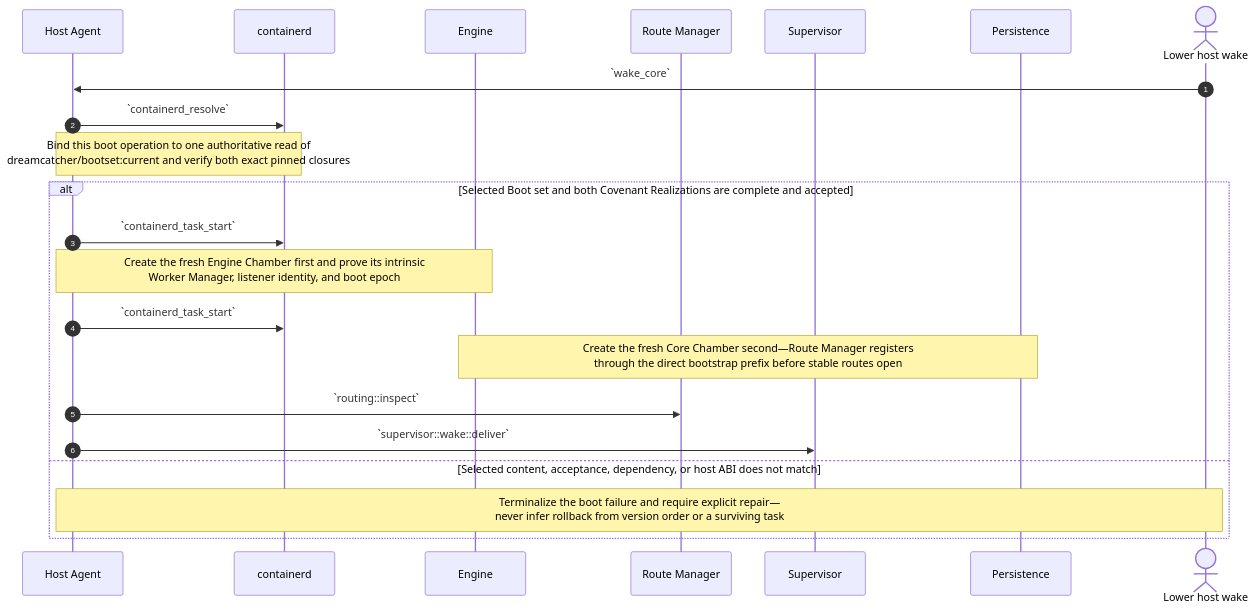
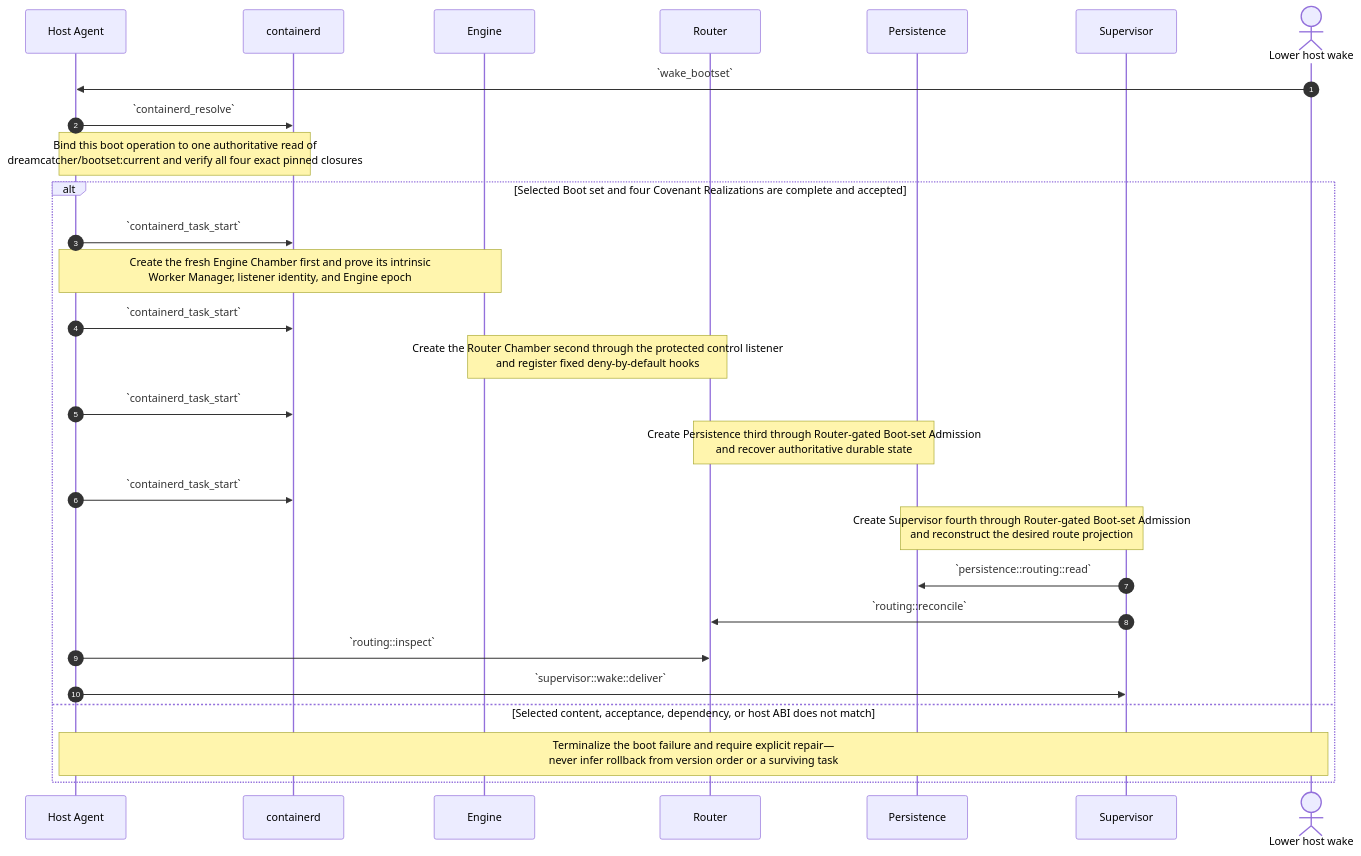
Before and after one commit to dreamcatcher-tech/chambers-lifecycle-explorer: the sixth of 15 diagrams in source/chambers-lifecycle-sequences.md, drawn with Mermaid. The commit also changed other lines of this file and 9 other files, not shown here.

````diff
--- a/source/chambers-lifecycle-sequences.md
+++ b/source/chambers-lifecycle-sequences.md
@@ -837,25 +938,31 @@
 ```mermaid
 sequenceDiagram
     autonumber
     participant HostAgent as Host Agent
     participant containerd
     participant Engine
-    participant RouteManager as Route Manager
+    participant Router as Router
+    participant Persistence
     participant Supervisor
-    participant Persistence
     actor Host as Lower host wake
 
-    Host->>HostAgent: `wake_core`
+    Host->>HostAgent: `wake_bootset`
     HostAgent->>containerd: `containerd_resolve`
-    Note over HostAgent,containerd: Bind this boot operation to one authoritative read of<br/>dreamcatcher/bootset:current and verify both exact pinned closures
-    alt Selected Boot set and both Covenant Realizations are complete and accepted
+    Note over HostAgent,containerd: Bind this boot operation to one authoritative read of<br/>dreamcatcher/bootset:current and verify all four exact pinned closures
+    alt Selected Boot set and four Covenant Realizations are complete and accepted
         HostAgent->>containerd: `containerd_task_start`
-        Note over HostAgent,Engine: Create the fresh Engine Chamber first and prove its intrinsic<br/>Worker Manager, listener identity, and boot epoch
+        Note over HostAgent,Engine: Create the fresh Engine Chamber first and prove its intrinsic<br/>Worker Manager, listener identity, and Engine epoch
         HostAgent->>containerd: `containerd_task_start`
-        Note over Engine,Persistence: Create the fresh Core Chamber second—Route Manager registers<br/>through the direct bootstrap prefix before stable routes open
-        HostAgent->>RouteManager: `routing::inspect`
+        Note over Engine,Router: Create the Router Chamber second through the protected control listener<br/>and register fixed deny-by-default hooks
+        HostAgent->>containerd: `containerd_task_start`
+        Note over Router,Persistence: Create Persistence third through Router-gated Boot-set Admission<br/>and recover authoritative durable state
+        HostAgent->>containerd: `containerd_task_start`
+        Note over Persistence,Supervisor: Create Supervisor fourth through Router-gated Boot-set Admission<br/>and reconstruct the desired route projection
+        Supervisor->>Persistence: `persistence::routing::read`
+        Supervisor->>Router: `routing::reconcile`
+        HostAgent->>Router: `routing::inspect`
         HostAgent->>Supervisor: `supervisor::wake::deliver`
     else Selected content, acceptance, dependency, or host ABI does not match
         Note over HostAgent,Host: Terminalize the boot failure and require explicit repair—<br/>never infer rollback from version order or a surviving task
     end
 ```
````
